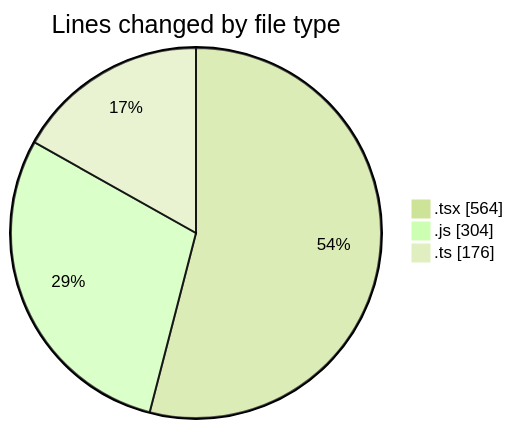
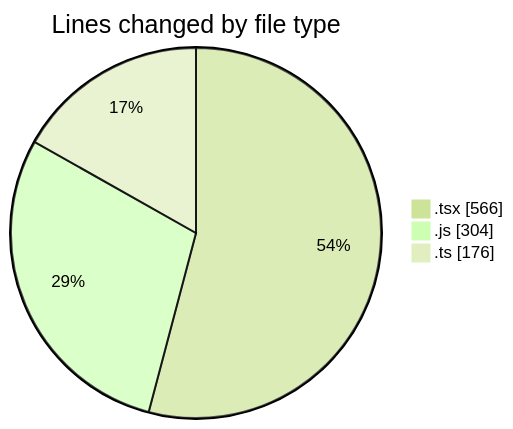
One commit to momahboobian/code-tracking changed the first of 2 diagrams in 2025-02-26/cda/README.md. Above: the diagram before and after it, drawn with Mermaid (forest theme). The commit also changed other lines of this file and 1 other file, not shown here.

````diff
--- a/2025-02-26/cda/README.md
+++ b/2025-02-26/cda/README.md
@@ -30,7 +30,7 @@
 ```mermaid
 pie showData
 title Lines changed by file type
-".tsx" : 564
+".tsx" : 566
 ".js" : 304
 ".ts" : 176
 ```
````
